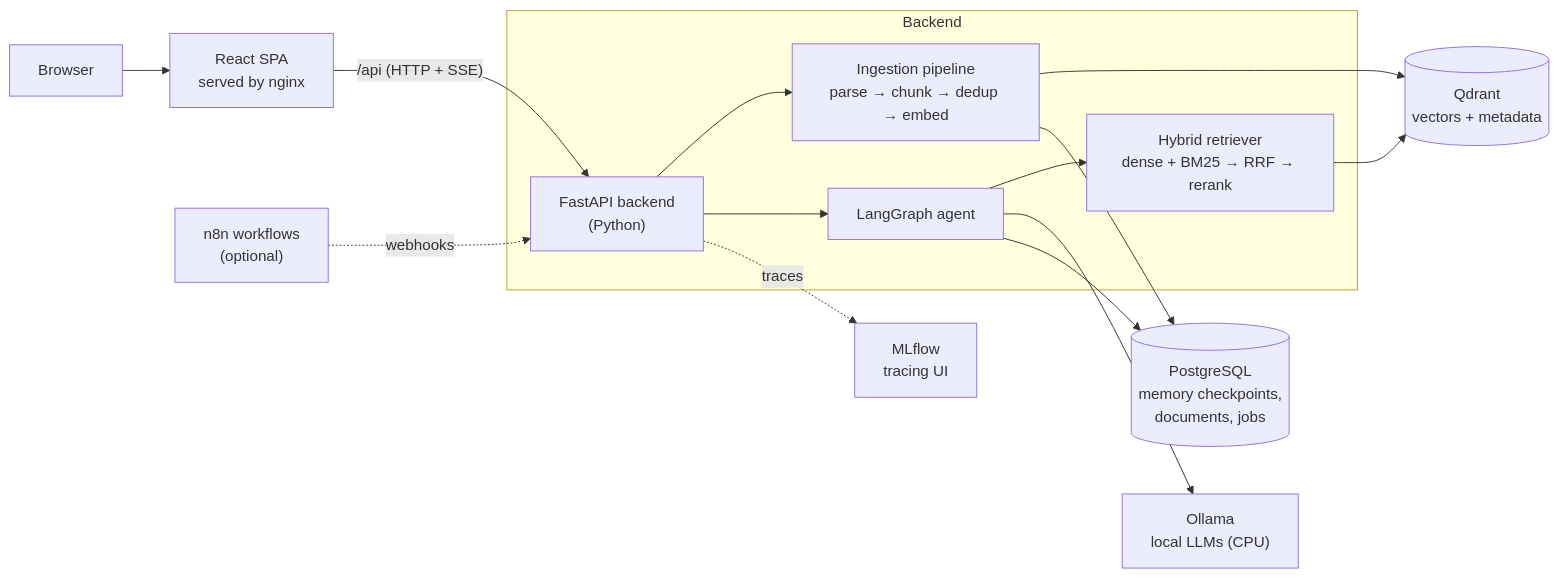
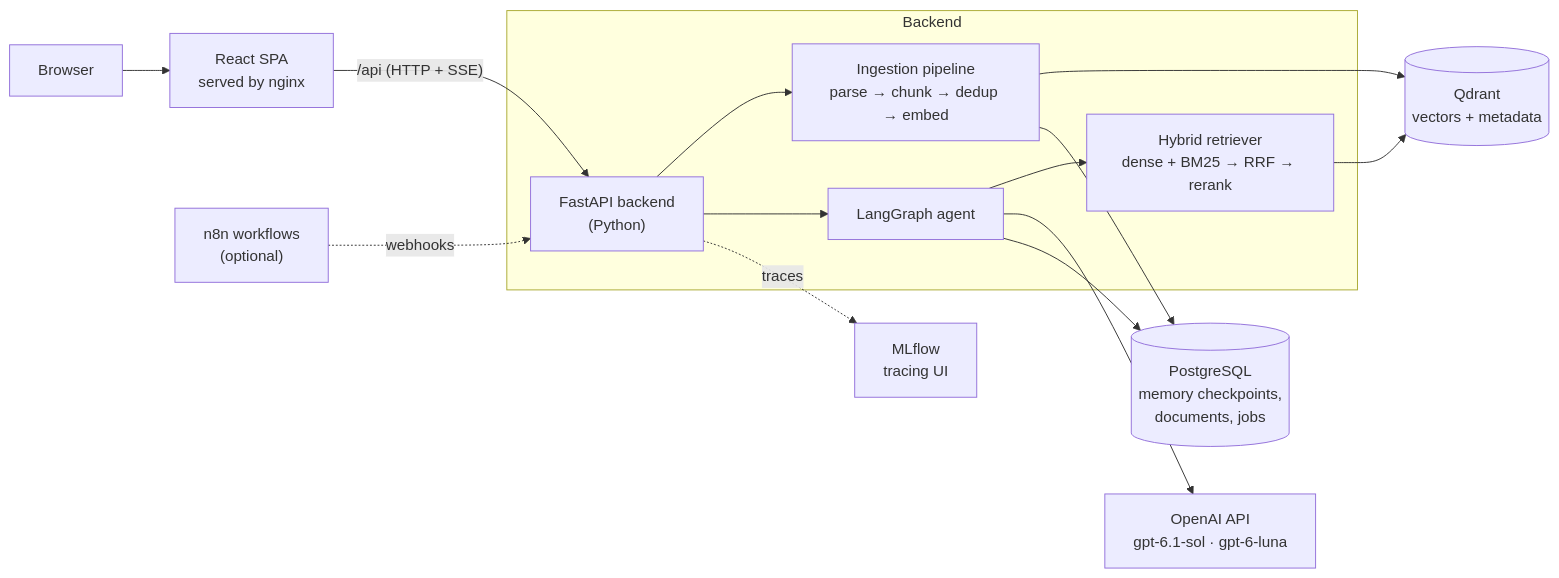
The first of 2 diagrams in README.md (rgambhir777-rgb/MultiSourceRagChatbot), drawn with Mermaid before and after one commit. The commit also changed other lines of this file and 7 other files, not shown here.

First line of the commit message:
Switch LLM from local Ollama to the OpenAI API

````diff
--- a/README.md
+++ b/README.md
@@ -71,19 +73,19 @@
 ```mermaid
 flowchart LR
     U["Browser"] --> FE["React SPA<br/>served by nginx"]
     FE -- "/api (HTTP + SSE)" --> API["FastAPI backend<br/>(Python)"]
     N8N["n8n workflows<br/>(optional)"] -. webhooks .-> API
 
     subgraph Backend
         API --> ING["Ingestion pipeline<br/>parse → chunk → dedup → embed"]
         API --> AG["LangGraph agent"]
         AG --> RET["Hybrid retriever<br/>dense + BM25 → RRF → rerank"]
     end
 
     ING --> QD[("Qdrant<br/>vectors + metadata")]
     RET --> QD
-    AG --> OL["Ollama<br/>local LLMs (CPU)"]
+    AG --> OL["OpenAI API<br/>gpt-6.1-sol · gpt-6-luna"]
     AG --> PG[("PostgreSQL<br/>memory checkpoints,<br/>documents, jobs")]
     ING --> PG
     API -. traces .-> ML["MLflow<br/>tracing UI"]
 ```
````
